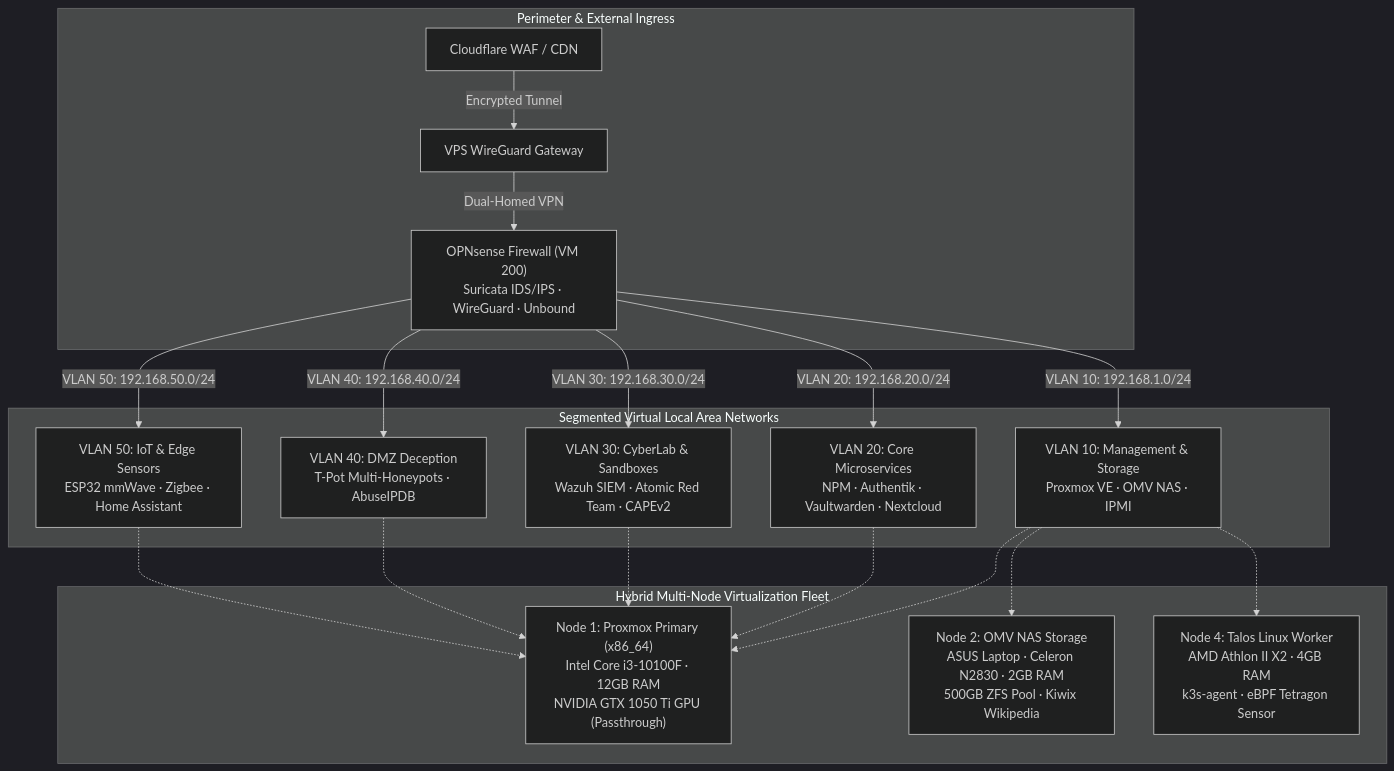
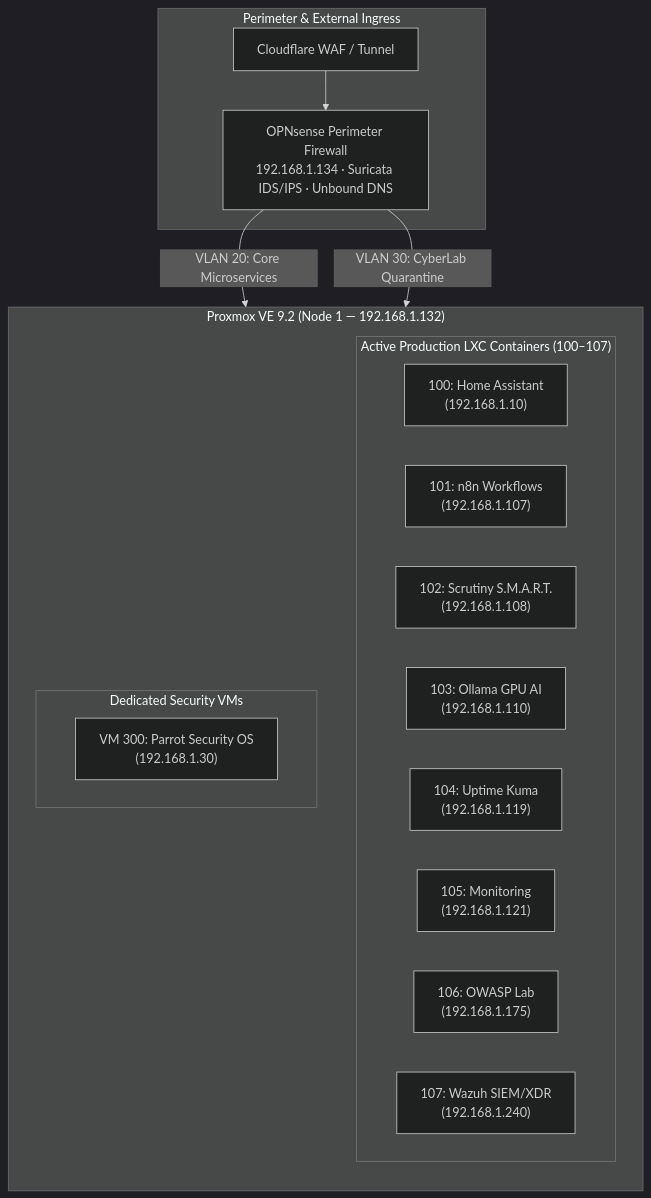
The diagram in README.md (stefanutc1/infrastructure), drawn with Mermaid (dark theme) before and after one commit. The commit also changed other lines of this file and 10 other files, not shown here.

Commit message:
refactor: streamline documentation to essence and sync IaC to active LXC 100-107

````diff
--- a/README.md
+++ b/README.md
@@ -74,35 +17,27 @@
 ```mermaid
 flowchart TB
     subgraph WAN_Edge["Perimeter & External Ingress"]
-        CF["Cloudflare WAF / CDN"] -->|"Encrypted Tunnel"| VPS["VPS WireGuard Gateway"]
-        VPS -->|"Dual-Homed VPN"| OPN["OPNsense Firewall (VM 200)<br/>Suricata IDS/IPS · WireGuard · Unbound"]
+        CF["Cloudflare WAF / Tunnel"] --> OPN["OPNsense Perimeter Firewall<br/>192.168.1.134 · Suricata IDS/IPS · Unbound DNS"]
     end
 
-    subgraph Network_VLANs["Segmented Virtual Local Area Networks"]
-        V10["VLAN 10: Management & Storage<br/>Proxmox VE · OMV NAS · IPMI"]
-        V20["VLAN 20: Core Microservices<br/>NPM · Authentik · Vaultwarden · Nextcloud"]
-        V30["VLAN 30: CyberLab & Sandboxes<br/>Wazuh SIEM · Atomic Red Team · CAPEv2"]
-        V40["VLAN 40: DMZ Deception<br/>T-Pot Multi-Honeypots · AbuseIPDB"]
-        V50["VLAN 50: IoT & Edge Sensors<br/>ESP32 mmWave · Zigbee · Home Assistant"]
+    subgraph Proxmox_Fleet["Proxmox VE 9.2 (Node 1 — 192.168.1.132)"]
+        direction TB
+        subgraph Core_LXC["Active Production LXC Containers (100–107)"]
+            HA["100: Home Assistant<br/>(192.168.1.10)"]
+            N8N["101: n8n Workflows<br/>(192.168.1.107)"]
+            SCR["102: Scrutiny S.M.A.R.T.<br/>(192.168.1.108)"]
+            OLL["103: Ollama GPU AI<br/>(192.168.1.110)"]
+            UK["104: Uptime Kuma<br/>(192.168.1.119)"]
+            MON["105: Monitoring<br/>(192.168.1.121)"]
+            OWASP["106: OWASP Lab<br/>(192.168.1.175)"]
+            WAZ["107: Wazuh SIEM/XDR<br/>(192.168.1.240)"]
+        end
+
+        subgraph Security_VMs["Dedicated Security VMs"]
+            PARROT["VM 300: Parrot Security OS<br/>(192.168.1.30)"]
+        end
     end
 
-    subgraph Compute_Layer["Hybrid Multi-Node Virtualization Fleet"]
-        Node1["Node 1: Proxmox Primary (x86_64)<br/>Intel Core i3-10100F · 12GB RAM<br/>NVIDIA GTX 1050 Ti GPU (Passthrough)"]
-        Node2["Node 2: OMV NAS Storage<br/>ASUS Laptop · Celeron N2830 · 2GB RAM<br/>500GB ZFS Pool · Kiwix Wikipedia"]
-        Node4["Node 4: Talos Linux Worker<br/>AMD Athlon II X2 · 4GB RAM<br/>k3s-agent · eBPF Tetragon Sensor"]
-    end
-
-    OPN -->|"VLAN 10: 192.168.1.0/24"| V10
-    OPN -->|"VLAN 20: 192.168.20.0/24"| V20
-    OPN -->|"VLAN 30: 192.168.30.0/24"| V30
-    OPN -->|"VLAN 40: 192.168.40.0/24"| V40
-    OPN -->|"VLAN 50: 192.168.50.0/24"| V50
-
-    V10 -.-> Node1
-    V10 -.-> Node2
-    V10 -.-> Node4
-    V20 -.-> Node1
-    V30 -.-> Node1
-    V40 -.-> Node1
-    V50 -.-> Node1
+    OPN -->|"VLAN 20: Core Microservices"| Core_LXC
+    OPN -->|"VLAN 30: CyberLab Quarantine"| Security_VMs
 ```
````
